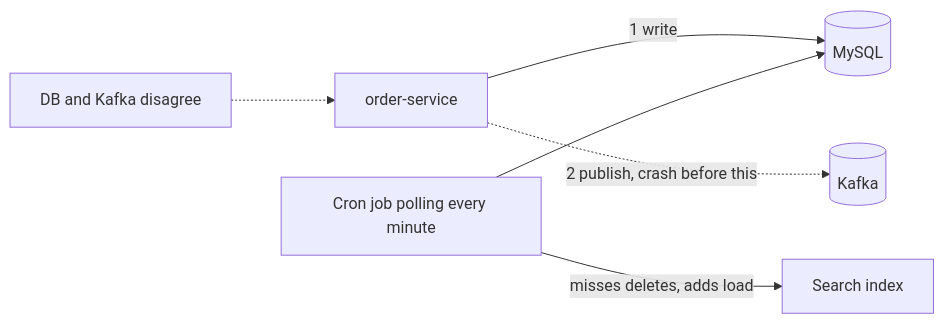
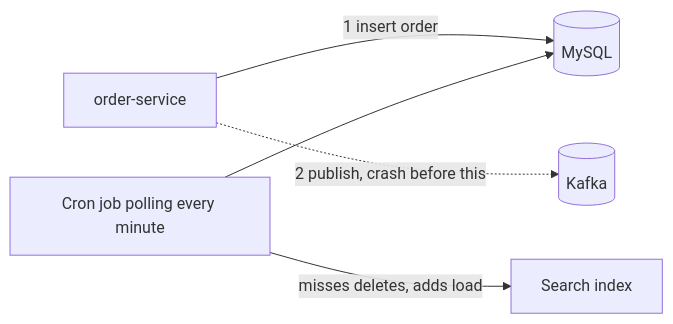
One commit to jubin-techwiz/learning changed the first of 2 diagrams in notes/02-messaging/02-kafka/15-kafka-connect-cdc.md. Above: the diagram before and after it, drawn with Mermaid. The commit also changed other lines of this file and 37 other files, not shown here.

````diff
--- a/notes/02-messaging/02-kafka/15-kafka-connect-cdc.md
+++ b/notes/02-messaging/02-kafka/15-kafka-connect-cdc.md
@@ -26,8 +54,7 @@
 ```mermaid
 flowchart LR
-    O[order-service] -->|1 write| DB[(MySQL)]
+    O[order-service] -->|1 insert order| DB[(MySQL)]
     O -.->|2 publish, crash before this| K[(Kafka)]
     CR[Cron job polling every minute] --> DB
     CR -->|misses deletes, adds load| S[Search index]
-    X[DB and Kafka disagree] -.-> O
 ```
````
